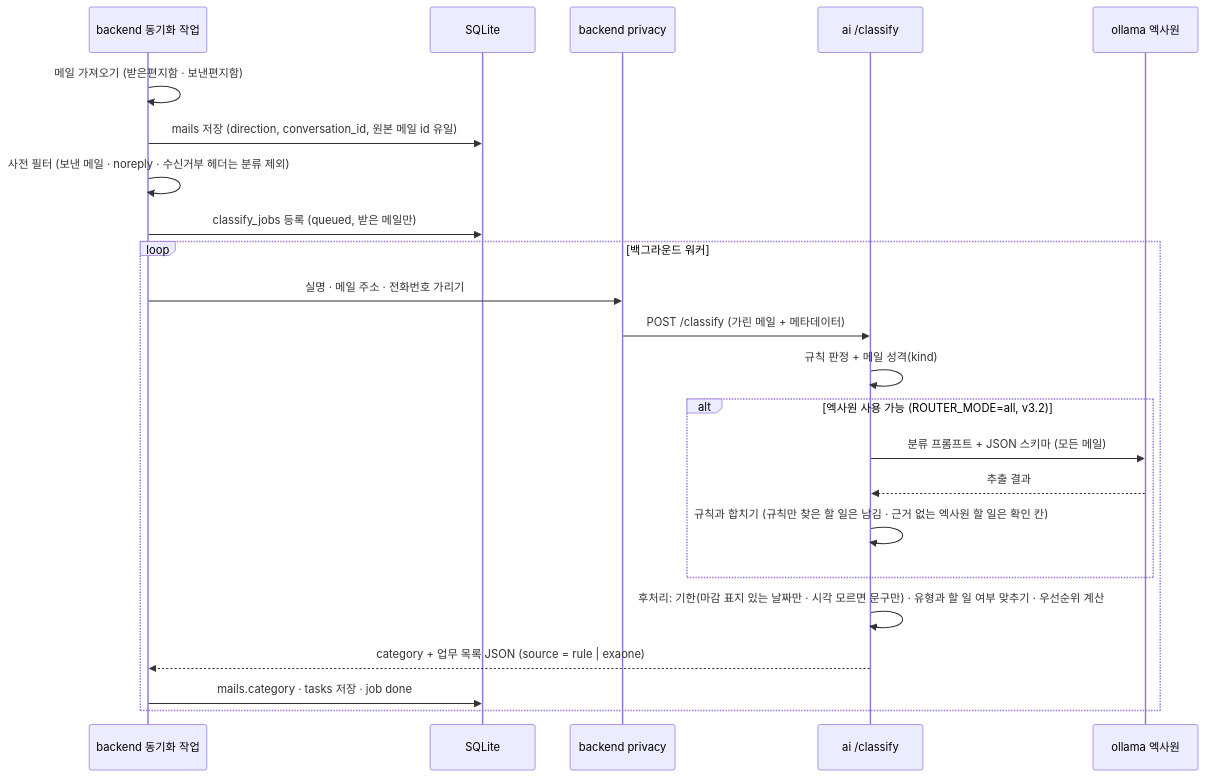
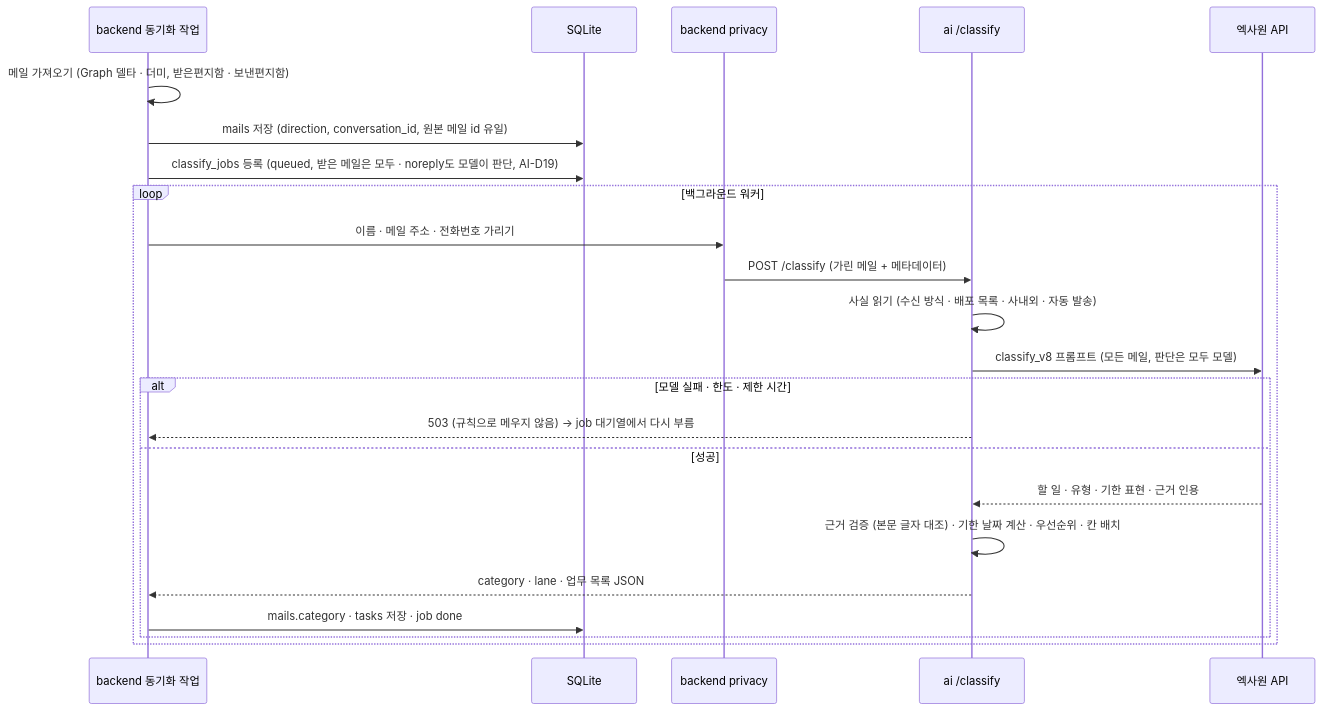
Before and after one commit to dlwodns/Teamproject_6: the third of 5 diagrams in docs/00_common/architecture.md, drawn with Mermaid. The commit also changed other lines of this file and 81 other files, not shown here.

First line of the commit message:
docs: #324 문서 · 구조도 · 주석 11-27 기준 최신화

````diff
--- a/docs/00_common/architecture.md
+++ b/docs/00_common/architecture.md
@@ -191,25 +210,25 @@
 ```mermaid
 sequenceDiagram
   participant S as backend 동기화 작업
   participant DB as SQLite
   participant P as backend privacy
   participant AI as ai /classify
-  participant L as ollama 엑사원
-  S->>S: 메일 가져오기 (받은편지함 · 보낸편지함)
+  participant L as 엑사원 API
+  S->>S: 메일 가져오기 (Graph 델타 · 더미, 받은편지함 · 보낸편지함)
   S->>DB: mails 저장 (direction, conversation_id, 원본 메일 id 유일)
-  S->>S: 사전 필터 (보낸 메일 · noreply · 수신거부 헤더는 분류 제외)
-  S->>DB: classify_jobs 등록 (queued, 받은 메일만)
+  S->>DB: classify_jobs 등록 (queued, 받은 메일은 모두 · noreply도 모델이 판단, AI-D19)
   loop 백그라운드 워커
-    S->>P: 실명 · 메일 주소 · 전화번호 가리기
+    S->>P: 이름 · 메일 주소 · 전화번호 가리기
     P->>AI: POST /classify (가린 메일 + 메타데이터)
-    AI->>AI: 규칙 판정 + 메일 성격(kind)
-    alt 엑사원 사용 가능 (ROUTER_MODE=all, v3.2)
-      AI->>L: 분류 프롬프트 + JSON 스키마 (모든 메일)
-      L-->>AI: 추출 결과
-      AI->>AI: 규칙과 합치기 (규칙만 찾은 할 일은 남김 · 근거 없는 엑사원 할 일은 확인 칸)
+    AI->>AI: 사실 읽기 (수신 방식 · 배포 목록 · 사내외 · 자동 발송)
+    AI->>L: classify_v8 프롬프트 (모든 메일, 판단은 모두 모델)
+    alt 모델 실패 · 한도 · 제한 시간
+      AI-->>S: 503 (규칙으로 메우지 않음) → job 대기열에서 다시 부름
+    else 성공
+      L-->>AI: 할 일 · 유형 · 기한 표현 · 근거 인용
+      AI->>AI: 근거 검증 (본문 글자 대조) · 기한 날짜 계산 · 우선순위 · 칸 배치
+      AI-->>S: category · lane · 업무 목록 JSON
+      S->>DB: mails.category · tasks 저장 · job done
     end
-    AI->>AI: 후처리: 기한(마감 표지 있는 날짜만 · 시각 모르면 문구만) · 유형과 할 일 여부 맞추기 · 우선순위 계산
-    AI-->>S: category + 업무 목록 JSON (source = rule | exaone)
-    S->>DB: mails.category · tasks 저장 · job done
   end
 ```
````
